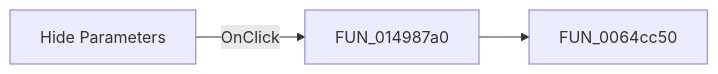
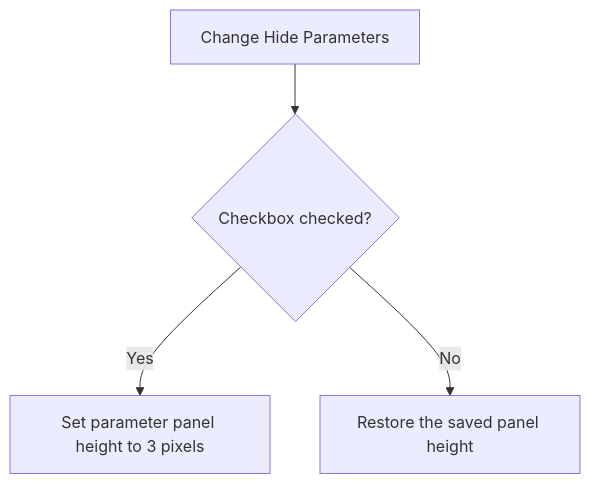
One commit to MovGP0/TIARA changed the diagram in docs/ui-controls/frmdesigntool/cbhideparams-b2ffa83bc0.md. Above: the diagram before and after it, drawn with Mermaid. The commit also changed other lines of this file and 387 other files, not shown here.

````diff
--- a/docs/ui-controls/frmdesigntool/cbhideparams-b2ffa83bc0.md
+++ b/docs/ui-controls/frmdesigntool/cbhideparams-b2ffa83bc0.md
@@ -27,5 +27,6 @@
 ```mermaid
-flowchart LR
-    control["Hide Parameters"] -->|OnClick| handler["FUN_014987a0"]
-    handler --> call1["FUN_0064cc50"]
+flowchart TD
+    click["Change Hide Parameters"] --> checked{"Checkbox checked?"}
+    checked -->|Yes| collapse["Set parameter panel height to 3 pixels"]
+    checked -->|No| restore["Restore the saved panel height"]
 ```
````
